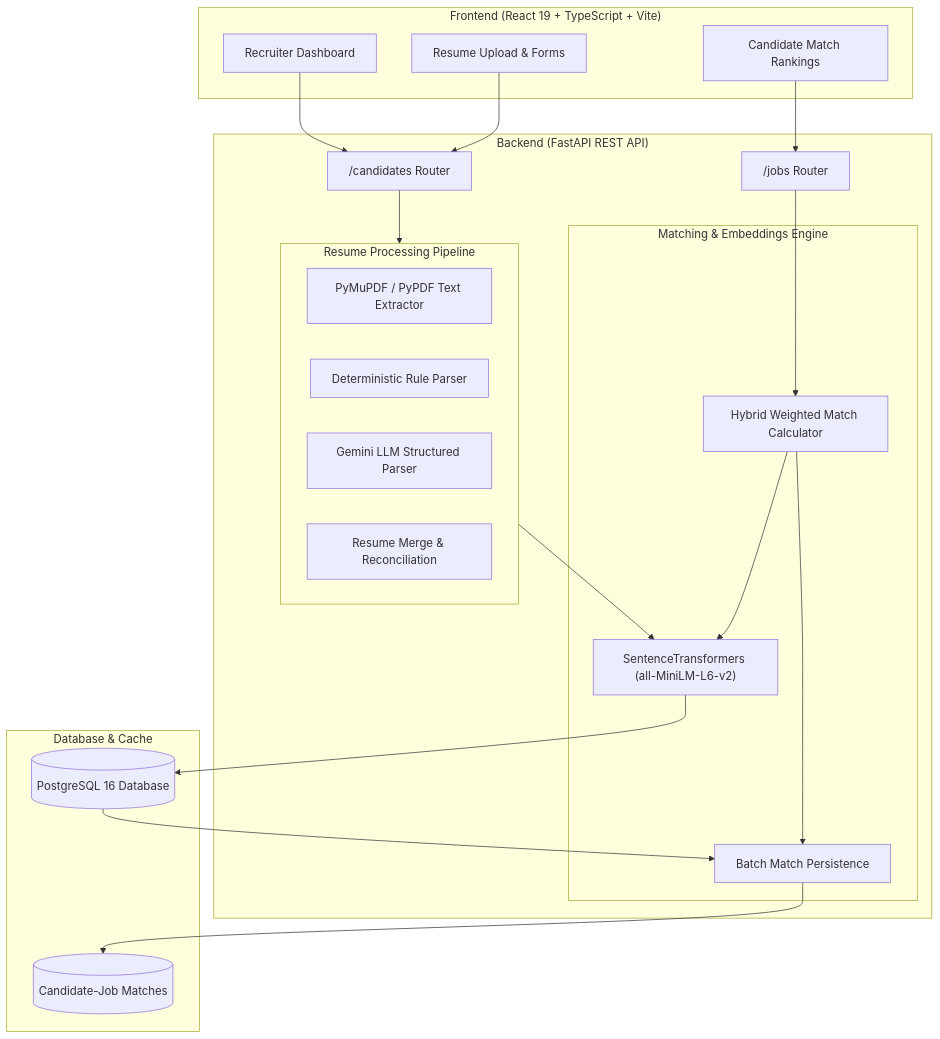
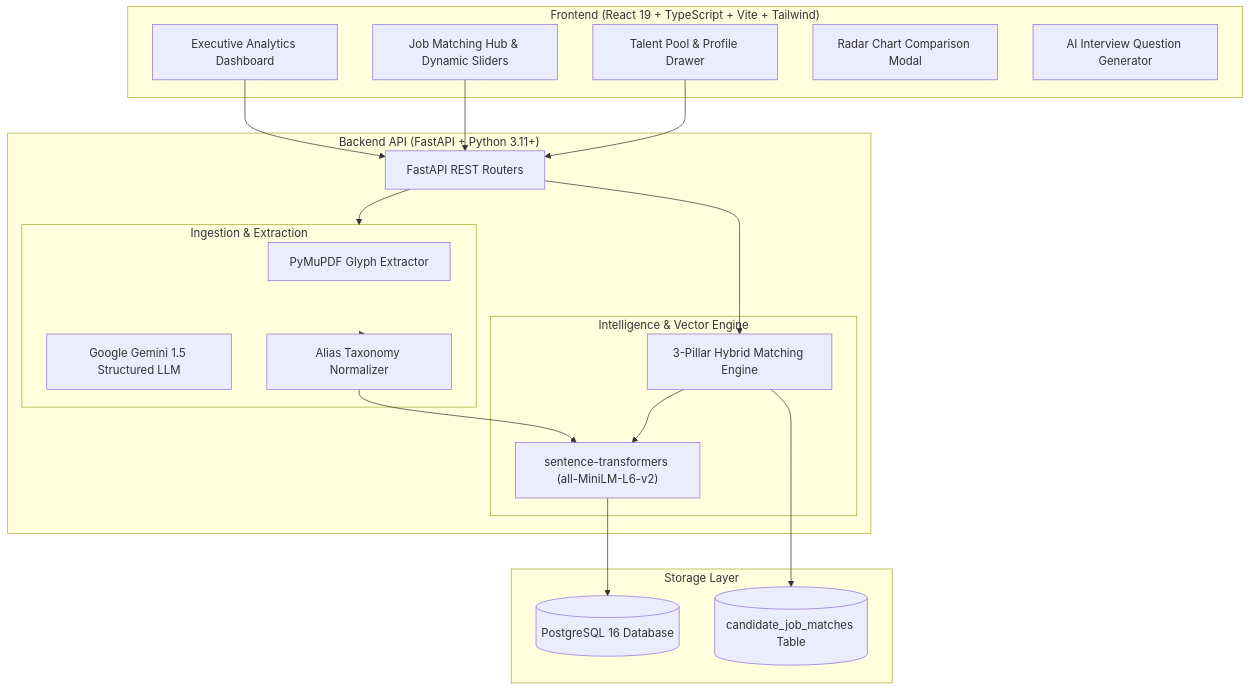
The diagram in README.md (KumarDhananjaya/talentiq-ai), drawn with Mermaid before and after one commit. The commit also changed other lines of this file, not shown here.

Commit message:
docs: comprehensive README with math formulation, architecture diagram, and USYD portfolio details

````diff
--- a/README.md
+++ b/README.md
@@ -41,45 +49,43 @@
 ```mermaid
 flowchart TD
-    subgraph Client["Frontend (React 19 + TypeScript + Vite)"]
-        UI[Recruiter Dashboard]
-        Upload[Resume Upload & Forms]
-        MatchView[Candidate Match Rankings]
+    subgraph Client["Frontend (React 19 + TypeScript + Vite + Tailwind)"]
+        Dashboard["Executive Analytics Dashboard"]
+        JobHub["Job Matching Hub & Dynamic Sliders"]
+        TalentPool["Talent Pool & Profile Drawer"]
+        RadarCompare["Radar Chart Comparison Modal"]
+        InterviewGen["AI Interview Question Generator"]
     end
 
-    subgraph API["Backend (FastAPI REST API)"]
-        CandidatesRouter["/candidates Router"]
-        JobsRouter["/jobs Router"]
+    subgraph Backend["Backend API (FastAPI + Python 3.11+)"]
+        API["FastAPI REST Routers"]
         
-        subgraph Pipeline["Resume Processing Pipeline"]
-            PDFParser["PyMuPDF / PyPDF Text Extractor"]
-            RuleParser["Deterministic Rule Parser"]
-            LLMParser["Gemini LLM Structured Parser"]
-            MergeService["Resume Merge & Reconciliation"]
+        subgraph Pipeline["Ingestion & Extraction"]
+            PDFParser["PyMuPDF Glyph Extractor"]
+            LLMParser["Google Gemini 1.5 Structured LLM"]
+            Taxonomy["Alias Taxonomy Normalizer"]
         end
 
-        subgraph Intelligence["Matching & Embeddings Engine"]
-            Embedder["SentenceTransformers (all-MiniLM-L6-v2)"]
-            MatchingService["Hybrid Weighted Match Calculator"]
-            Persistence["Batch Match Persistence"]
+        subgraph ML["Intelligence & Vector Engine"]
+            Embedder["sentence-transformers (all-MiniLM-L6-v2)"]
+            Matcher["3-Pillar Hybrid Matching Engine"]
         end
     end
 
-    subgraph Storage["Database & Cache"]
+    subgraph DB["Storage Layer"]
         Postgres[(PostgreSQL 16 Database)]
-        MatchCache[(Candidate-Job Matches)]
+        MatchesCache[(candidate_job_matches Table)]
     end
 
-    UI --> CandidatesRouter
-    Upload --> CandidatesRouter
-    MatchView --> JobsRouter
-
-    CandidatesRouter --> Pipeline
-    Pipeline --> Embedder
+    Dashboard --> API
+    JobHub --> API
+    TalentPool --> API
+    
+    API --> Pipeline
+    Pipeline --> Taxonomy
+    Taxonomy --> Embedder
     Embedder --> Postgres
     
-    JobsRouter --> MatchingService
-    MatchingService --> Embedder
-    MatchingService --> Persistence
-    Persistence --> MatchCache
-    Postgres --> Persistence
+    API --> Matcher
+    Matcher --> Embedder
+    Matcher --> MatchesCache
 ```
````
